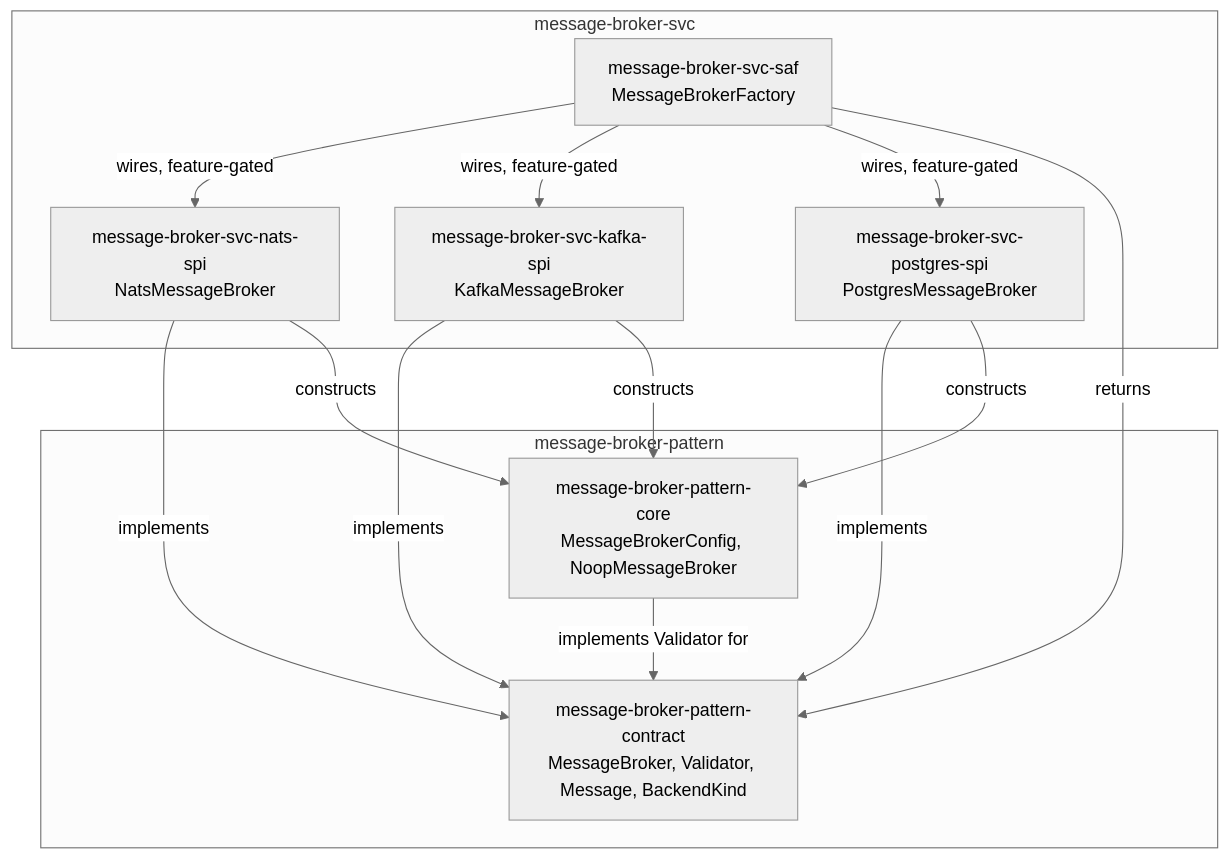
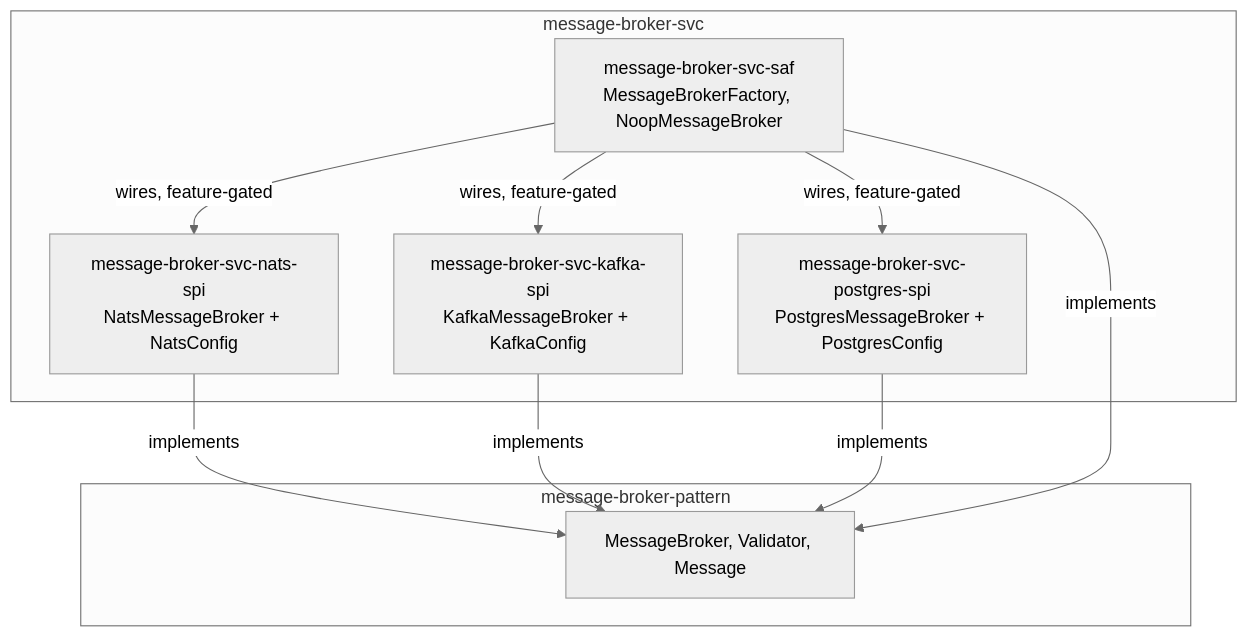
The diagram in docs/3-design/architecture.md (sweengineeringlabs/message-broker-svc), drawn with Mermaid (neutral theme) before and after one commit. The commit also changed other lines of this file and 28 other files, not shown here.

First line of the commit message:
refactor: remove BackendKind/MessageBrokerConfig/from_config, Noop moves here

````diff
--- a/docs/3-design/architecture.md
+++ b/docs/3-design/architecture.md
@@ -30,27 +56,22 @@
 ```mermaid
 flowchart TD
     subgraph pattern["message-broker-pattern"]
-        contract["message-broker-pattern-contract<br/>MessageBroker, Validator, Message, BackendKind"]
-        core["message-broker-pattern-core<br/>MessageBrokerConfig, NoopMessageBroker"]
-        core -->|implements Validator for| contract
+        contract["MessageBroker, Validator, Message"]
     end
 
     subgraph svc["message-broker-svc"]
-        saf["message-broker-svc-saf<br/>MessageBrokerFactory"]
-        nats["message-broker-svc-nats-spi<br/>NatsMessageBroker"]
-        kafka["message-broker-svc-kafka-spi<br/>KafkaMessageBroker"]
-        postgres["message-broker-svc-postgres-spi<br/>PostgresMessageBroker"]
+        saf["message-broker-svc-saf<br/>MessageBrokerFactory, NoopMessageBroker"]
+        nats["message-broker-svc-nats-spi<br/>NatsMessageBroker + NatsConfig"]
+        kafka["message-broker-svc-kafka-spi<br/>KafkaMessageBroker + KafkaConfig"]
+        postgres["message-broker-svc-postgres-spi<br/>PostgresMessageBroker + PostgresConfig"]
 
         nats -->|implements| contract
         kafka -->|implements| contract
         postgres -->|implements| contract
-        nats -->|constructs| core
-        kafka -->|constructs| core
-        postgres -->|constructs| core
+        saf -->|implements| contract
 
         saf -->|wires, feature-gated| nats
         saf -->|wires, feature-gated| kafka
         saf -->|wires, feature-gated| postgres
-        saf -->|returns| contract
     end
 ```
````
